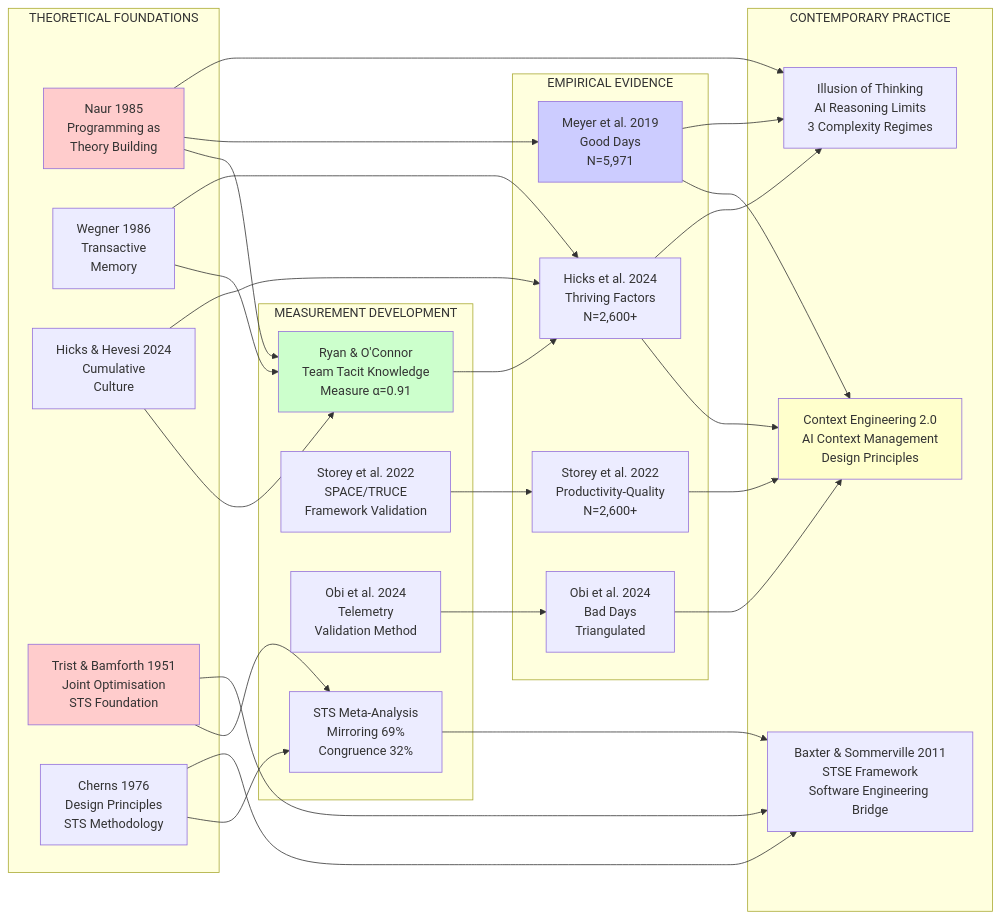
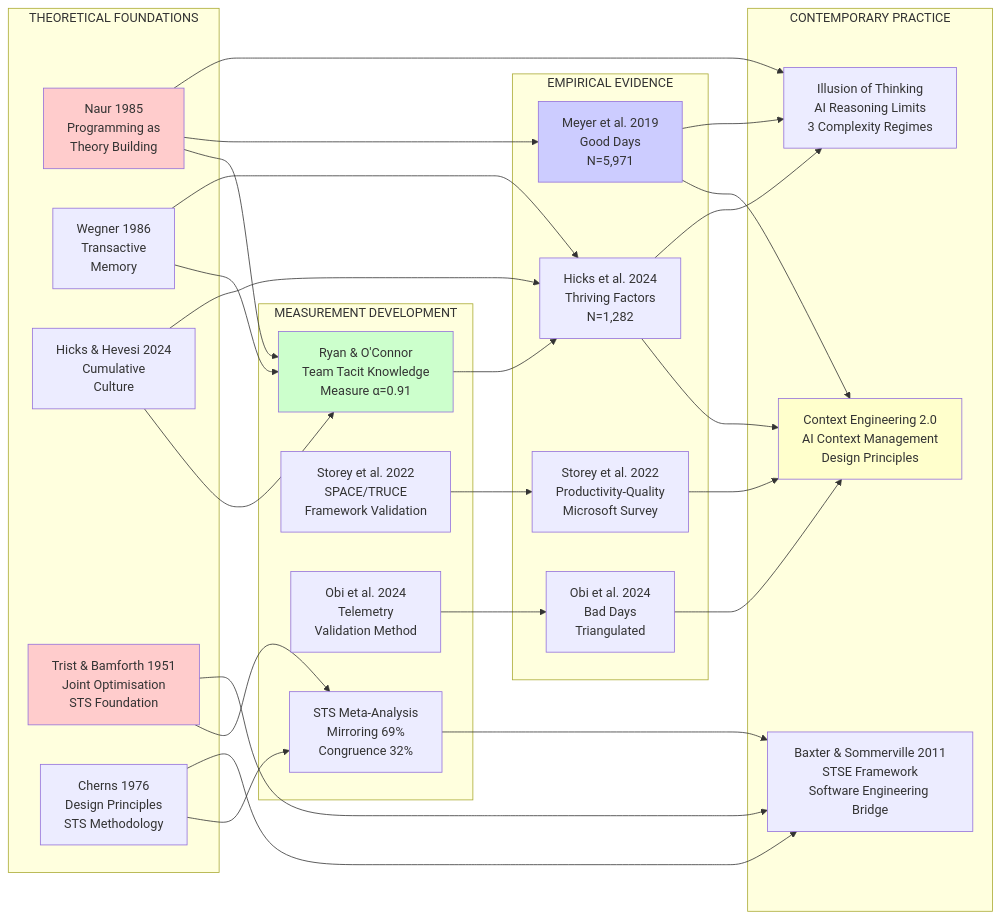
One commit to CdrBlair/project-2501 changed the third of 10 diagrams in concepts/integration_framework-architecture.md. Above: the diagram before and after it, drawn with Mermaid. The commit also changed other lines of this file and 2 other files, not shown here.

````diff
--- a/concepts/integration_framework-architecture.md
+++ b/concepts/integration_framework-architecture.md
@@ -216,62 +216,62 @@
 ```mermaid
 graph LR
     subgraph "THEORETICAL FOUNDATIONS"
         TH1[Naur 1985<br/>Programming as<br/>Theory Building]
         TH2[Wegner 1986<br/>Transactive<br/>Memory]
         TH3[Hicks & Hevesi 2024<br/>Cumulative<br/>Culture]
         TH4[Trist & Bamforth 1951<br/>Joint Optimisation<br/>STS Foundation]
         TH5[Cherns 1976<br/>Design Principles<br/>STS Methodology]
     end
     
     subgraph "MEASUREMENT DEVELOPMENT"
         M1[Ryan & O'Connor<br/>Team Tacit Knowledge<br/>Measure α=0.91]
         M2[Storey et al. 2022<br/>SPACE/TRUCE<br/>Framework Validation]
         M3[Obi et al. 2024<br/>Telemetry<br/>Validation Method]
         M4[STS Meta-Analysis<br/>Mirroring 69%<br/>Congruence 32%]
     end
     
     subgraph "EMPIRICAL EVIDENCE"
         E1[Meyer et al. 2019<br/>Good Days<br/>N=5,971]
-        E2[Hicks et al. 2024<br/>Thriving Factors<br/>N=2,600+]
-        E3[Storey et al. 2022<br/>Productivity-Quality<br/>N=2,600+]
+        E2[Hicks et al. 2024<br/>Thriving Factors<br/>N=1,282]
+        E3[Storey et al. 2022<br/>Productivity-Quality<br/>Microsoft Survey]
         E4[Obi et al. 2024<br/>Bad Days<br/>Triangulated]
     end
     
     subgraph "CONTEMPORARY PRACTICE"
         P1[Context Engineering 2.0<br/>AI Context Management<br/>Design Principles]
         P2[Illusion of Thinking<br/>AI Reasoning Limits<br/>3 Complexity Regimes]
         P3[Baxter & Sommerville 2011<br/>STSE Framework<br/>Software Engineering Bridge]
     end
     
     TH1 --> M1
     TH2 --> M1
     TH3 --> M1
     TH4 --> M4
     TH5 --> M4
     
     M1 --> E2
     M2 --> E3
     M3 --> E4
     M4 --> P3
     
     TH1 --> E1
     TH2 --> E2
     TH3 --> E2
     TH4 --> P3
     TH5 --> P3
     
     E1 --> P1
     E2 --> P1
     E3 --> P1
     E4 --> P1
     
     TH1 --> P2
     E1 --> P2
     E2 --> P2
     
     style TH1 fill:#ffcccc
     style TH4 fill:#ffcccc
     style M1 fill:#ccffcc
     style E1 fill:#ccccff
     style P1 fill:#ffffcc
 ```
````
